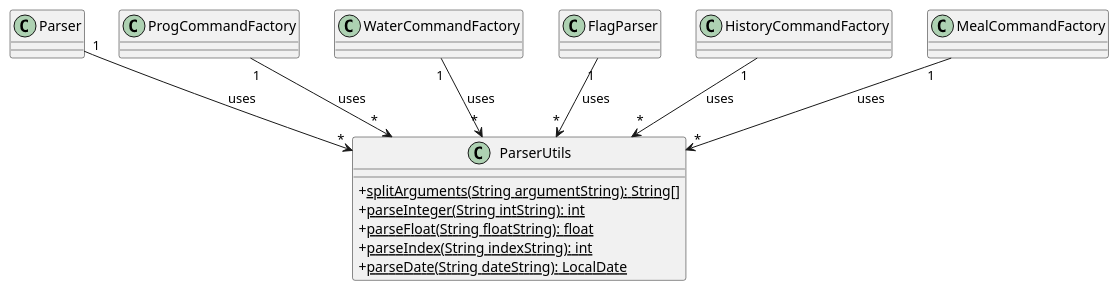
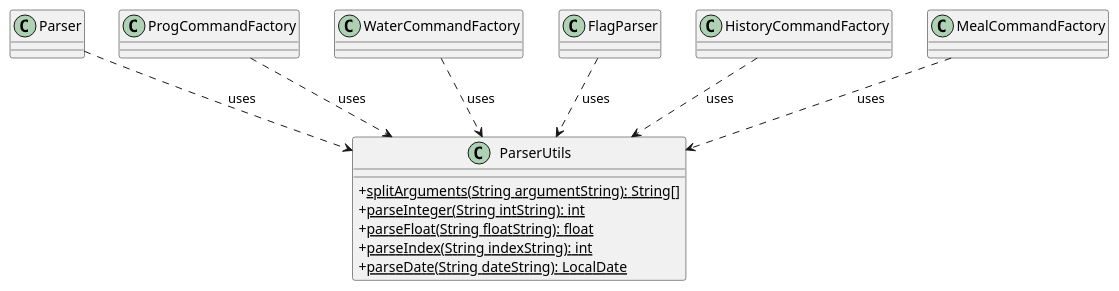
The diagram in docs/diagrams/parserUtilsComponent.puml (nus-cs2113-AY2425S1/tp), drawn with PlantUML before and after one commit. The commit also changed 7 other files, not shown here.

Commit message:
Update Parser component class diagrams

```diff
--- a/docs/diagrams/parserUtilsComponent.puml
+++ b/docs/diagrams/parserUtilsComponent.puml
@@ -1,19 +1,19 @@
 @startuml
 skinparam classAttributeIconSize 0
 
 class ParserUtils {
   + <u>splitArguments(String argumentString): String[]
   + <u>parseInteger(String intString): int
   + <u>parseFloat(String floatString): float
   + <u>parseIndex(String indexString): int
   + <u>parseDate(String dateString): LocalDate
 }
 
-Parser "1" --> "*" ParserUtils : uses
-ProgCommandFactory "1" --> "*" ParserUtils : uses
-WaterCommandFactory "1" --> "*" ParserUtils : uses
-FlagParser "1" --> "*" ParserUtils : uses
-HistoryCommandFactory "1" --> "*" ParserUtils : uses
-MealCommandFactory "1" --> "*" ParserUtils : uses
+Parser ..> ParserUtils : uses
+ProgCommandFactory ..> ParserUtils : uses
+WaterCommandFactory  ..>  ParserUtils : uses
+FlagParser ..>  ParserUtils : uses
+HistoryCommandFactory ..>  ParserUtils : uses
+MealCommandFactory ..> ParserUtils : uses
 
 @enduml
```
